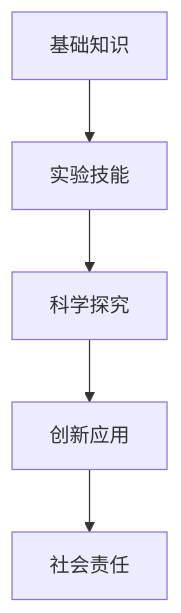
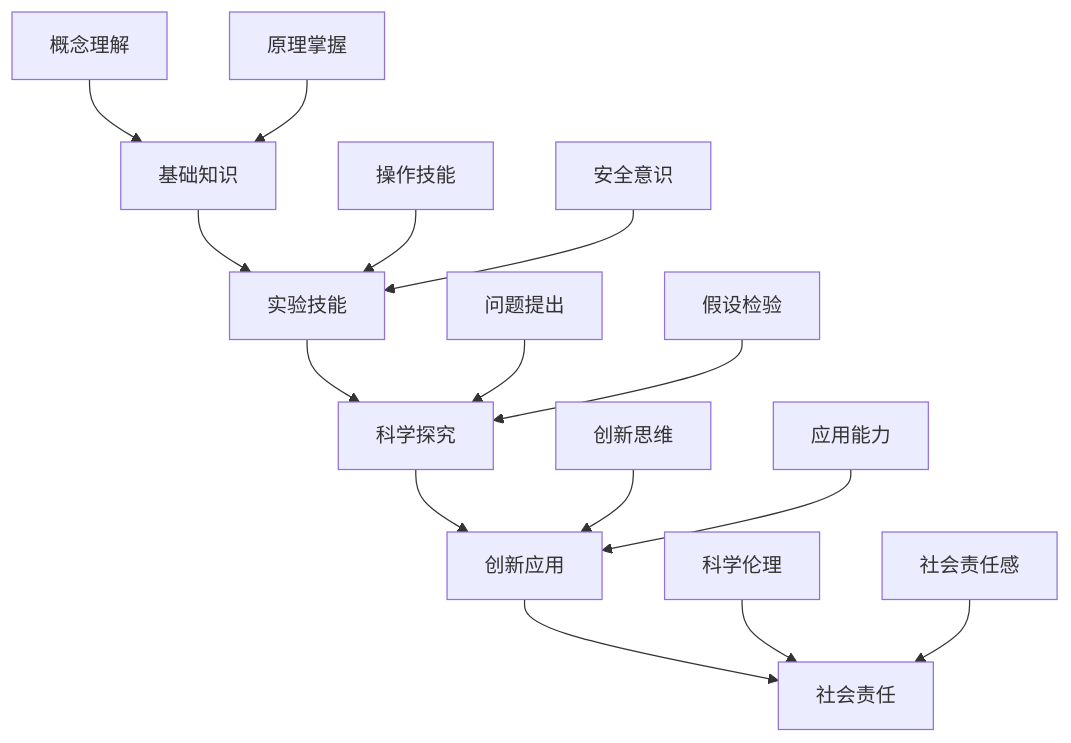
One commit to AdaMartin18010/SeniorEnducation changed the ninth of 13 diagrams in 02-核心学科理论/02-科学教育方法论.md. Above: the diagram before and after it, drawn with Mermaid. The commit also changed other lines of this file and 10 other files, not shown here.

````diff
--- a/02-核心学科理论/02-科学教育方法论.md
+++ b/02-核心学科理论/02-科学教育方法论.md
@@ -440,7 +641,22 @@
 ```mermaid
 graph TD
     A[基础知识] --> B[实验技能]
     B --> C[科学探究]
     C --> D[创新应用]
     D --> E[社会责任]
+    
+    A1[概念理解] --> A
+    A2[原理掌握] --> A
+    
+    B1[操作技能] --> B
+    B2[安全意识] --> B
+    
+    C1[问题提出] --> C
+    C2[假设检验] --> C
+    
+    D1[创新思维] --> D
+    D2[应用能力] --> D
+    
+    E1[科学伦理] --> E
+    E2[社会责任感] --> E
 ```
````
